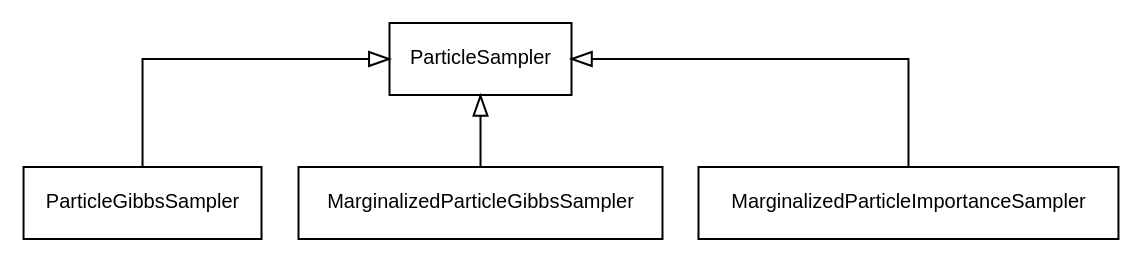
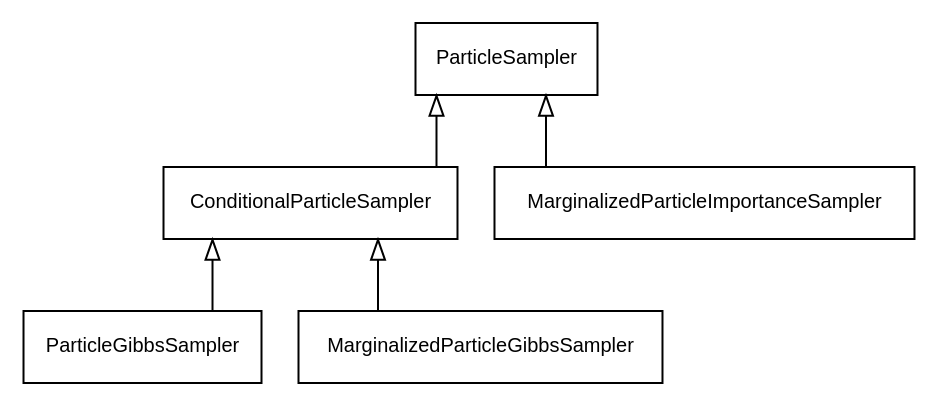
One commit to lawmurray/Birch changed the diagram in docs/figs/Sampler.dot. Above: the diagram before and after it, drawn with Graphviz. The commit also changed 17 other files, not shown here.

```diff
--- a/docs/figs/Sampler.dot
+++ b/docs/figs/Sampler.dot
@@ -1,16 +1,18 @@
 digraph {
   splines=ortho
   concentrate=true
   rankdir=BT
   node [shape=box,fontname=Helvetica,fontsize=10,margin="0.1,0.01"]
   edge [arrowhead=empty]
 
   ParticleSampler [href="../classes/ParticleSampler/",target="_top"]
+  ConditionalParticleSampler [href="../classes/ConditionalParticleSampler/",target="_top"]
   ParticleGibbsSampler [href="../classes/ParticleGibbsSampler/",target="_top"]
   MarginalizedParticleGibbsSampler [href="../classes/MarginalizedParticleGibbsSampler/",target="_top"]
   MarginalizedParticleImportanceSampler [href="../classes/MarginalizedParticleImportanceSampler/",target="_top"]
 
-  ParticleGibbsSampler -> ParticleSampler
-  MarginalizedParticleGibbsSampler -> ParticleSampler
+  ParticleGibbsSampler -> ConditionalParticleSampler
+  MarginalizedParticleGibbsSampler -> ConditionalParticleSampler
+  ConditionalParticleSampler -> ParticleSampler
   MarginalizedParticleImportanceSampler -> ParticleSampler
 }
```
